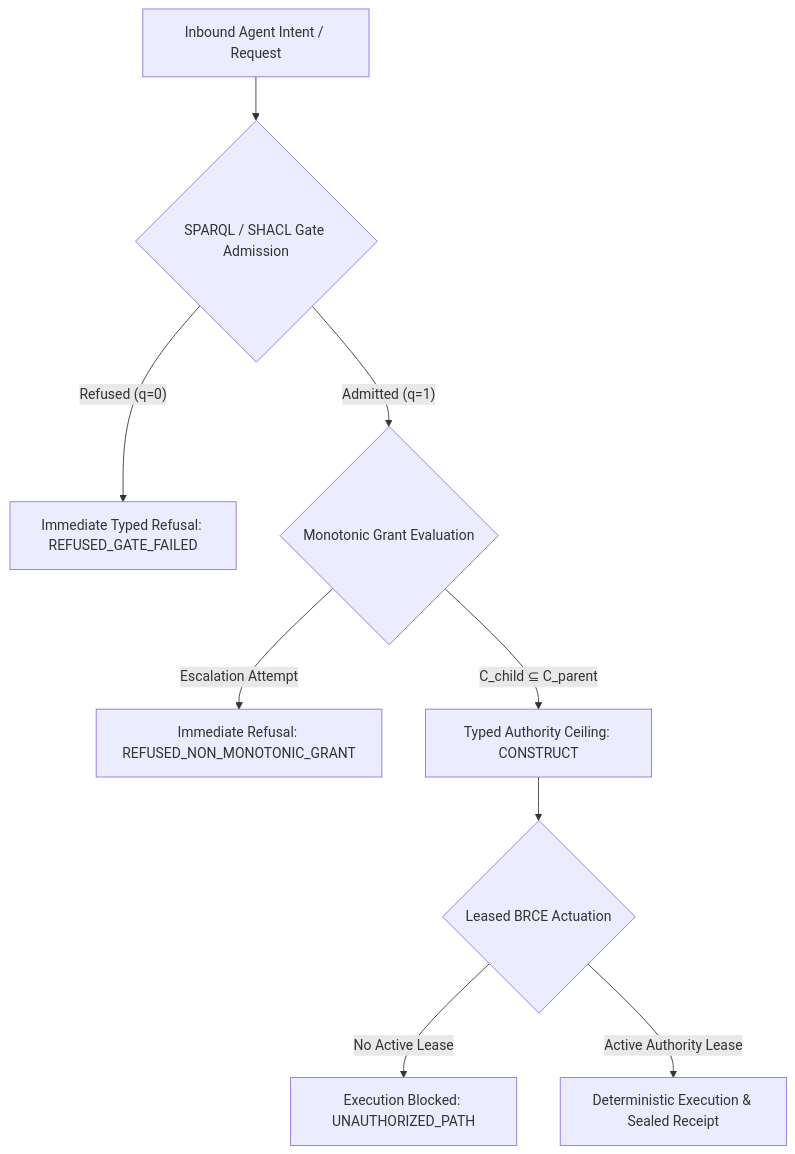
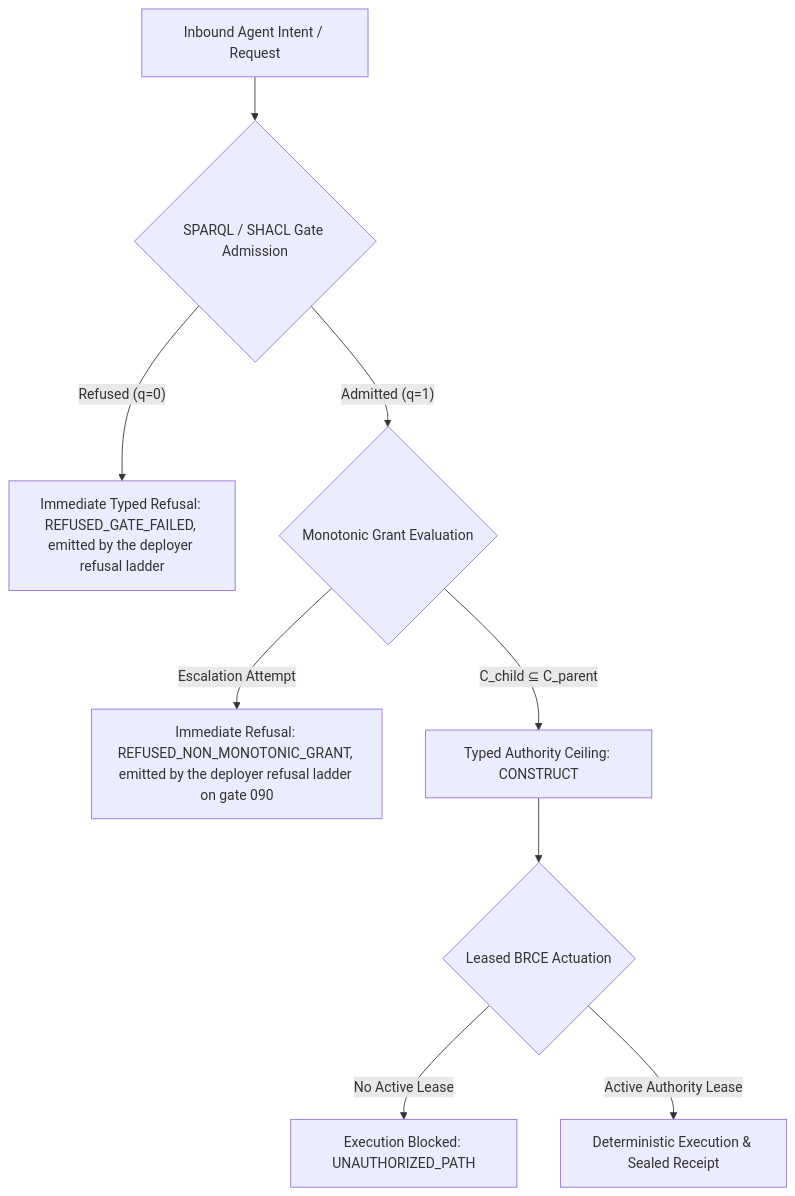
One commit to seanchatmangpt/ggen-marketplace changed the diagram in docs/architecture/enterprise-monopoly-four-pillars.md. Above: the diagram before and after it, drawn with Mermaid. The commit also changed other lines of this file and 11 other files, not shown here.

````diff
--- a/docs/architecture/enterprise-monopoly-four-pillars.md
+++ b/docs/architecture/enterprise-monopoly-four-pillars.md
@@ -23,11 +23,11 @@
 ```mermaid
 graph TD
     A[Inbound Agent Intent / Request] --> B{SPARQL / SHACL Gate Admission}
-    B -- Refused (q=0) --> X[Immediate Typed Refusal: REFUSED_GATE_FAILED]
+    B -- Refused (q=0) --> X[Immediate Typed Refusal: REFUSED_GATE_FAILED, emitted by the deployer refusal ladder]
     B -- Admitted (q=1) --> C{Monotonic Grant Evaluation}
-    C -- Escalation Attempt --> Y[Immediate Refusal: REFUSED_NON_MONOTONIC_GRANT]
+    C -- Escalation Attempt --> Y[Immediate Refusal: REFUSED_NON_MONOTONIC_GRANT, emitted by the deployer refusal ladder on gate 090]
     C -- C_child ⊆ C_parent --> D[Typed Authority Ceiling: CONSTRUCT]
     D --> E{Leased BRCE Actuation}
     E -- No Active Lease --> Z[Execution Blocked: UNAUTHORIZED_PATH]
     E -- Active Authority Lease --> F[Deterministic Execution & Sealed Receipt]
 ```
````
